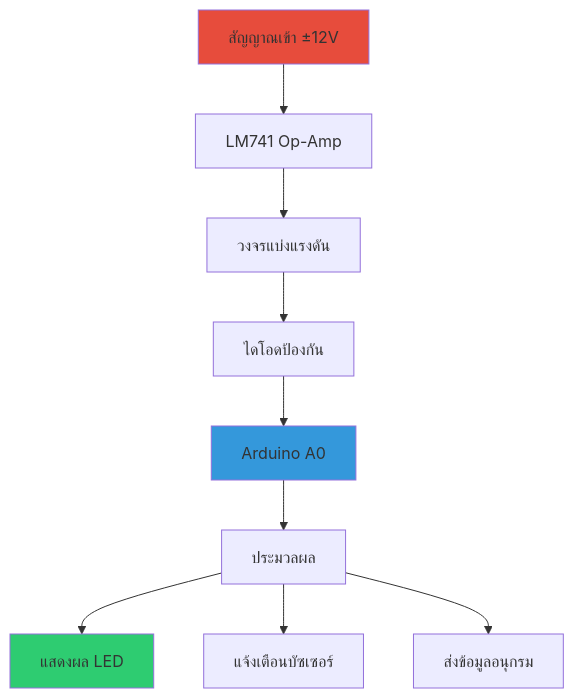
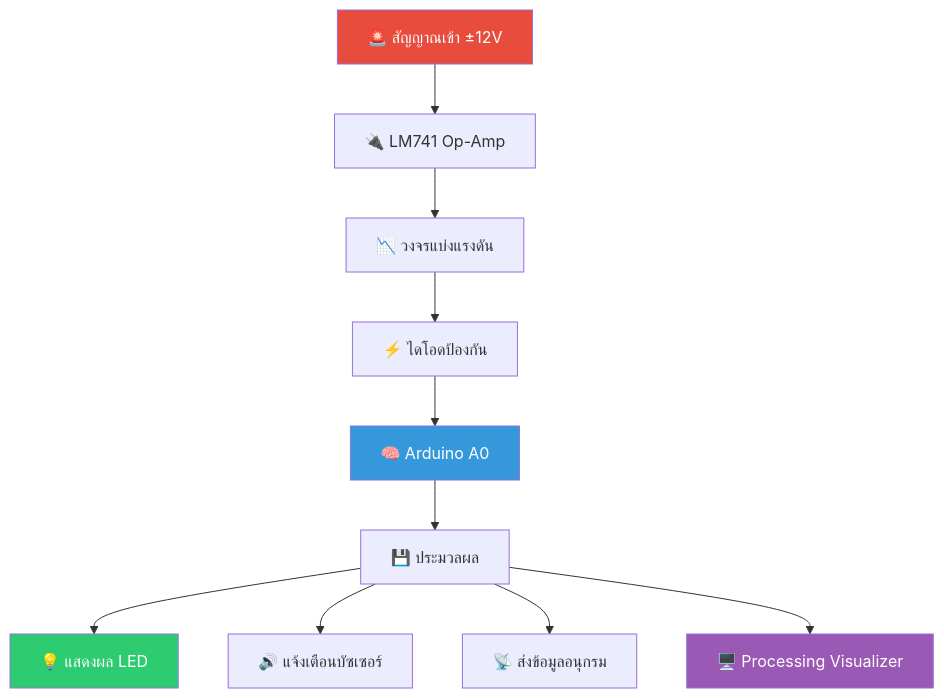
The diagram in README.md (tha-1dev/ASIMS), drawn with Mermaid before and after one commit. The commit also changed other lines of this file, not shown here.

````diff
--- a/README.md
+++ b/README.md
@@ -45,15 +53,17 @@
 ```mermaid
 graph TB
-    A[สัญญาณเข้า ±12V] --> B[LM741 Op-Amp]
-    B --> C[วงจรแบ่งแรงดัน]
-    C --> D[ไดโอดป้องกัน]
-    D --> E[Arduino A0]
-    E --> F[ประมวลผล]
-    F --> G[แสดงผล LED]
-    F --> H[แจ้งเตือนบัซเซอร์]
-    F --> I[ส่งข้อมูลอนุกรม]
+    A[🚨 สัญญาณเข้า ±12V] --> B[🔌 LM741 Op-Amp]
+    B --> C[📉 วงจรแบ่งแรงดัน]
+    C --> D[⚡ ไดโอดป้องกัน]
+    D --> E[🧠 Arduino A0]
+    E --> F[💾 ประมวลผล]
+    F --> G[💡 แสดงผล LED]
+    F --> H[🔊 แจ้งเตือนบัซเซอร์]
+    F --> I[📡 ส่งข้อมูลอนุกรม]
+    F --> J[🖥️ Processing Visualizer]
     
-    style A fill:#e74c3c
-    style E fill:#3498db
-    style G fill:#2ecc71
+    style A fill:#e74c3c,color:white
+    style E fill:#3498db,color:white
+    style G fill:#2ecc71,color:white
+    style J fill:#9b59b6,color:white
 ```
````
